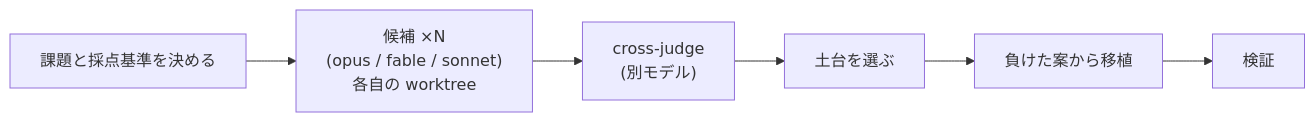
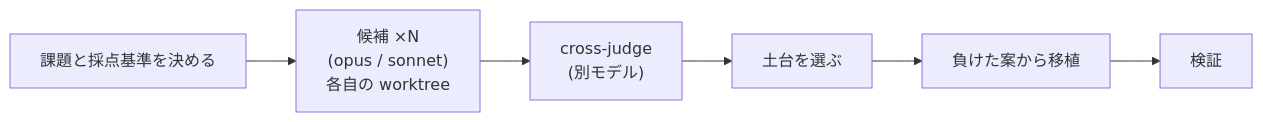
One commit to souljazzfunk/lab changed the fifth of 12 diagrams in pstack-cc/docs/skill-map.ja.md. Above: the diagram before and after it, drawn with Mermaid. The commit also changed other lines of this file and 49 other files, not shown here.

````diff
--- a/pstack-cc/docs/skill-map.ja.md
+++ b/pstack-cc/docs/skill-map.ja.md
@@ -127,8 +129,8 @@
 ```mermaid
 flowchart LR
-  A[課題と採点基準を決める] --> B["候補 ×N<br/>(opus / fable / sonnet)<br/>各自の worktree"]
+  A[課題と採点基準を決める] --> B["候補 ×N<br/>(opus / sonnet)<br/>各自の worktree"]
   B --> C["cross-judge<br/>(別モデル)"]
   C --> D[土台を選ぶ]
   D --> E[負けた案から移植]
   E --> F[検証]
 ```
````
